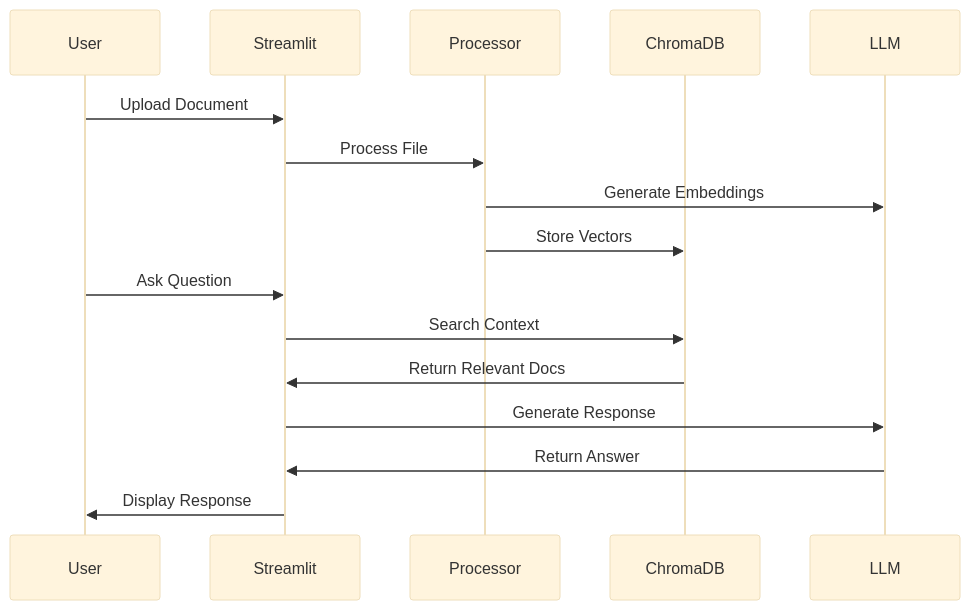
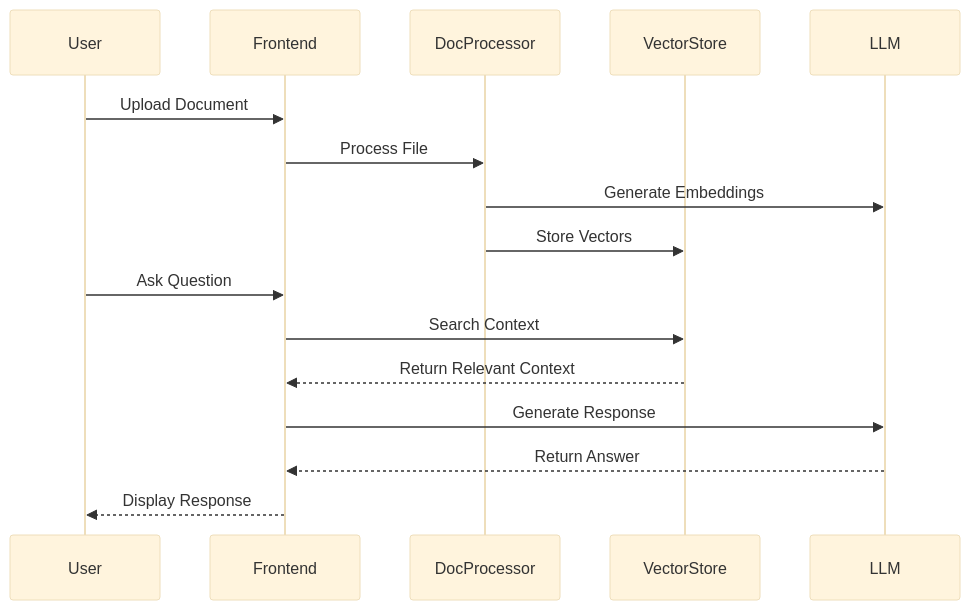
Before and after one commit to khaosans/basic-chat: the second of 2 diagrams in README.md, drawn with Mermaid (base theme). The commit also changed other lines of this file and 2 other files, not shown here.

````diff
--- a/README.md
+++ b/README.md
@@ -25,19 +43,20 @@
 ```mermaid
 sequenceDiagram
-    participant U as User
-    participant S as Streamlit
-    participant P as Processor
-    participant DB as ChromaDB
-    participant L as LLM
-
-    U->>S: Upload Document
-    S->>P: Process File
-    P->>L: Generate Embeddings
-    P->>DB: Store Vectors
-    U->>S: Ask Question
-    S->>DB: Search Context
-    DB->>S: Return Relevant Docs
-    S->>L: Generate Response
-    L->>S: Return Answer
-    S->>U: Display Response
+    participant User
+    participant Frontend
+    participant DocProcessor
+    participant VectorStore
+    participant LLM
+    
+    User->>Frontend: Upload Document
+    Frontend->>DocProcessor: Process File
+    DocProcessor->>LLM: Generate Embeddings
+    DocProcessor->>VectorStore: Store Vectors
+    
+    User->>Frontend: Ask Question
+    Frontend->>VectorStore: Search Context
+    VectorStore-->>Frontend: Return Relevant Context
+    Frontend->>LLM: Generate Response
+    LLM-->>Frontend: Return Answer
+    Frontend-->>User: Display Response
 ```
````
